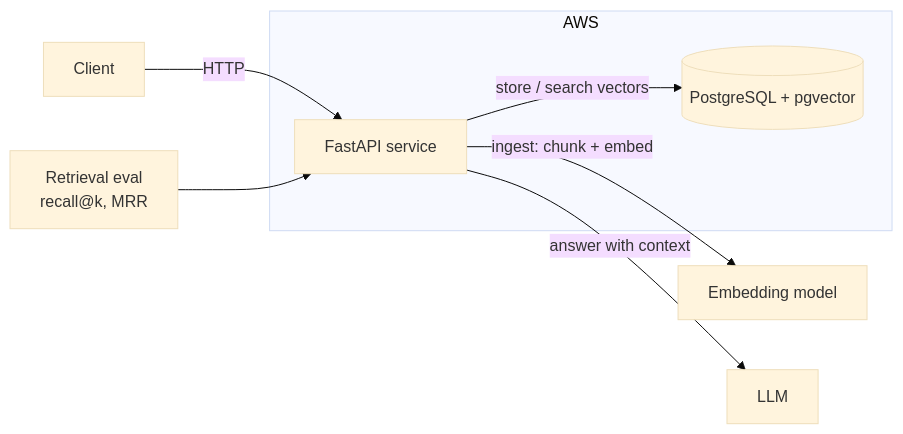
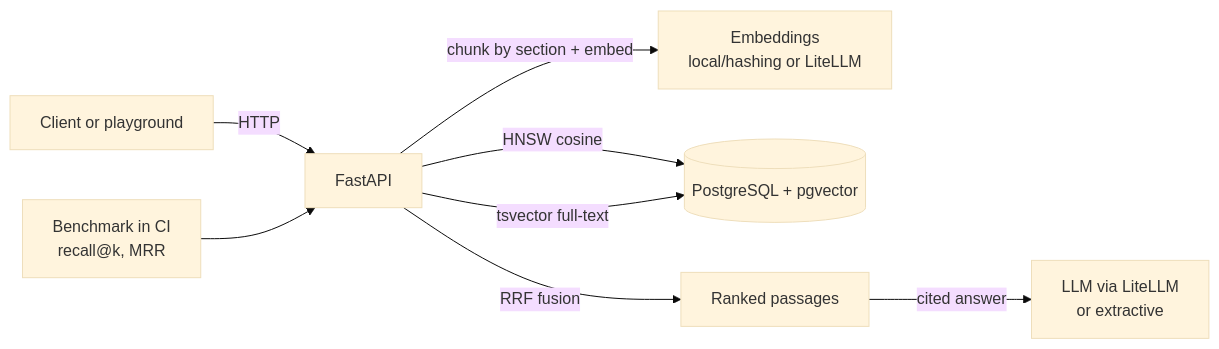
The diagram in README.md (Mirelasbianchi/rag-platform), drawn with Mermaid (base theme) before and after one commit. The commit also changed other lines of this file, not shown here.

Commit message:
docs(readme): document features, benchmark results, API and AWS deployment

````diff
--- a/README.md
+++ b/README.md
@@ -13,12 +48,10 @@
 ```mermaid
 flowchart LR
-    C[Client] -->|HTTP| API[FastAPI service]
-    API -->|ingest: chunk + embed| EMB[Embedding model]
-    API -->|store / search vectors| PG[(PostgreSQL + pgvector)]
-    API -->|answer with context| LLM[LLM]
-    EV[Retrieval eval<br/>recall@k, MRR] --> API
-    subgraph AWS
-      API
-      PG
-    end
+    C[Client or playground] -->|HTTP| API[FastAPI]
+    API -->|chunk by section + embed| EMB[Embeddings<br/>local/hashing or LiteLLM]
+    API -->|HNSW cosine| PG[(PostgreSQL + pgvector)]
+    API -->|tsvector full-text| PG
+    API -->|RRF fusion| R[Ranked passages]
+    R -->|cited answer| LLM[LLM via LiteLLM<br/>or extractive]
+    EV[Benchmark in CI<br/>recall@k, MRR] --> API
 ```
````
